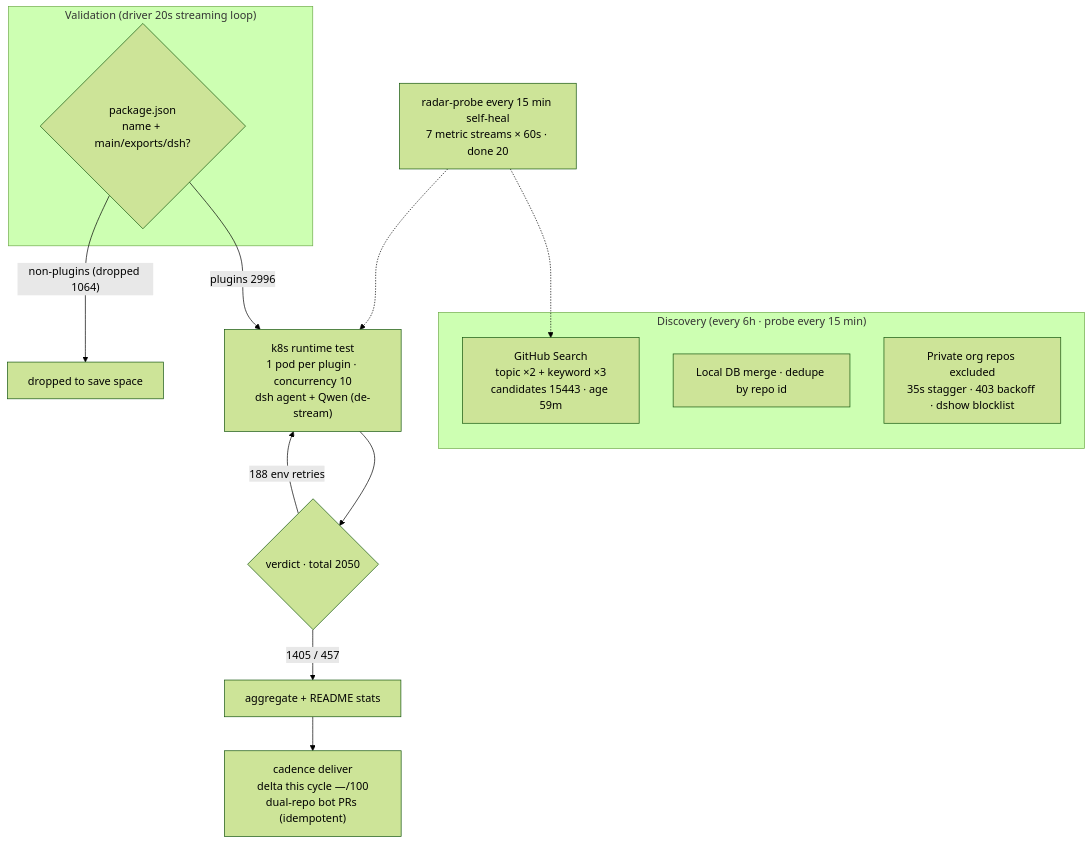
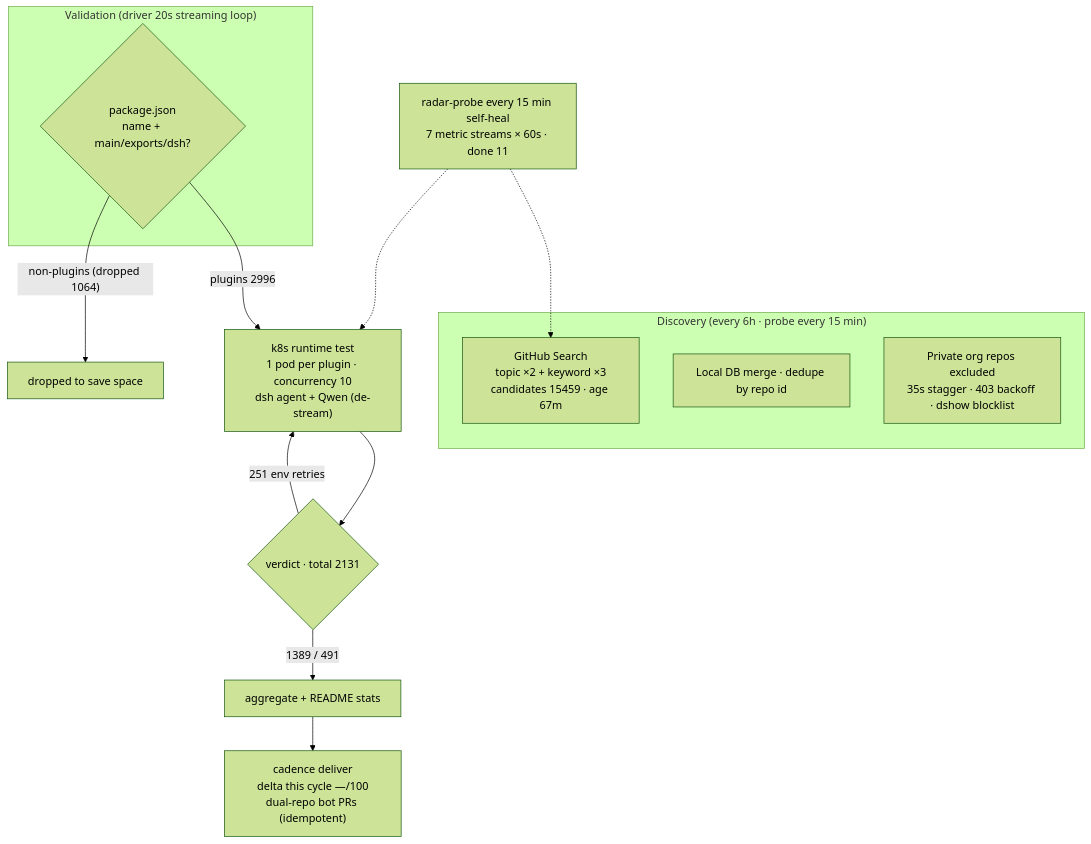
The diagram in README.en-US.md (AdamPlatin123/awesome-dsh-plugins), drawn with Mermaid (forest theme) before and after one commit. The commit also changed other lines of this file and 5 other files, not shown here.

````diff
--- a/README.en-US.md
+++ b/README.en-US.md
@@ -30,20 +30,20 @@
 ```mermaid
 flowchart TB
     subgraph Discovery["Discovery (every 6h · probe every 15 min)"]
-        A1["GitHub Search<br/>topic ×2 + keyword ×3<br/>candidates 15443 · age 59m"]
+        A1["GitHub Search<br/>topic ×2 + keyword ×3<br/>candidates 15459 · age 67m"]
         A2["Local DB merge · dedupe by repo id"]
         A3["Private org repos excluded<br/>35s stagger · 403 backoff · dshow blocklist"]
     end
     subgraph Validation["Validation (driver 20s streaming loop)"]
         B1{"package.json<br/>name + main/exports/dsh?"}
     end
     B1 -->|"plugins 2996"| C1["k8s runtime test<br/>1 pod per plugin · concurrency 10<br/>dsh agent + Qwen (de-stream)"]
     B1 -->|"non-plugins (dropped 1064)"| B3["dropped to save space"]
-    C1 --> D1{"verdict · total 2050"}
-    D1 -->|"1405 / 457"| E1["aggregate + README stats"]
-    D1 -->|"188 env retries"| C1
+    C1 --> D1{"verdict · total 2131"}
+    D1 -->|"1389 / 491"| E1["aggregate + README stats"]
+    D1 -->|"251 env retries"| C1
     E1 --> E2["cadence deliver<br/>delta this cycle —/100<br/>dual-repo bot PRs (idempotent)"]
-    M["radar-probe every 15 min self-heal<br/>7 metric streams × 60s · done 20"]
+    M["radar-probe every 15 min self-heal<br/>7 metric streams × 60s · done 11"]
     M -.-> A1
     M -.-> C1
 ```
````
